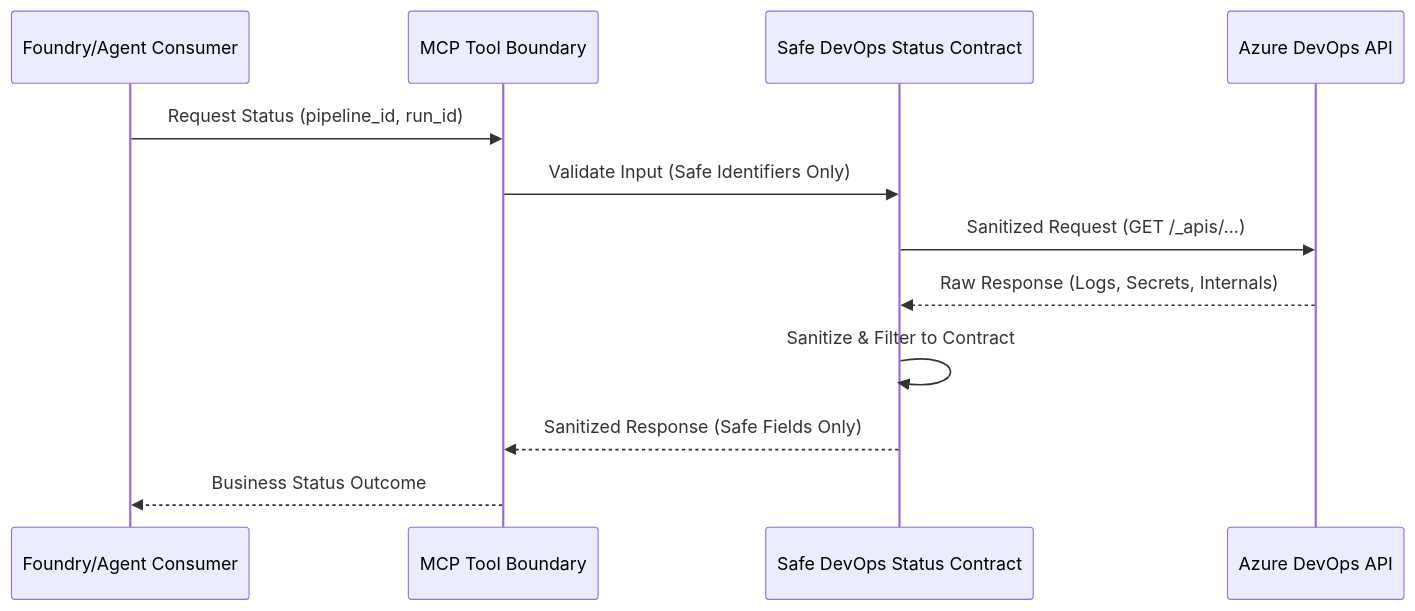
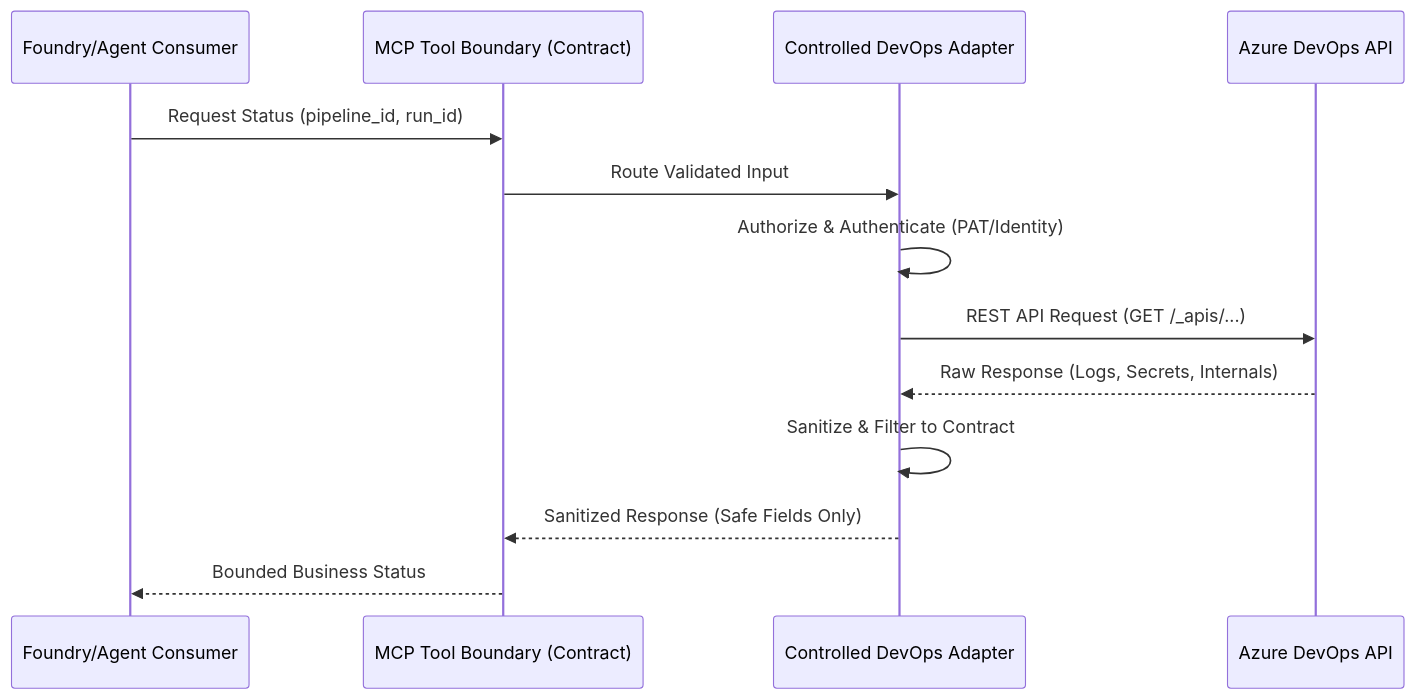
One commit to wildersa/azure_ref_kit changed the diagram in building-blocks/mcp/devops-mcp-tool-contract/README.md. Above: the diagram before and after it, drawn with Mermaid. The commit also changed other lines of this file and 8 other files, not shown here.

First line of the commit message:
[MCP-003] Define bounded Azure DevOps MCP contract (#232)

````diff
--- a/building-blocks/mcp/devops-mcp-tool-contract/README.md
+++ b/building-blocks/mcp/devops-mcp-tool-contract/README.md
@@ -8,15 +8,16 @@
 ```mermaid
 sequenceDiagram
     participant A as Foundry/Agent Consumer
-    participant MCP as MCP Tool Boundary
-    participant C as Safe DevOps Status Contract
+    participant MCP as MCP Tool Boundary (Contract)
+    participant C as Controlled DevOps Adapter
     participant D as Azure DevOps API
 
     A->>MCP: Request Status (pipeline_id, run_id)
-    MCP->>C: Validate Input (Safe Identifiers Only)
-    C->>D: Sanitized Request (GET /_apis/...)
+    MCP->>C: Route Validated Input
+    C->>C: Authorize & Authenticate (PAT/Identity)
+    C->>D: REST API Request (GET /_apis/...)
     D-->>C: Raw Response (Logs, Secrets, Internals)
     C->>C: Sanitize & Filter to Contract
     C-->>MCP: Sanitized Response (Safe Fields Only)
-    MCP-->>A: Business Status Outcome
+    MCP-->>A: Bounded Business Status
 ```
````
